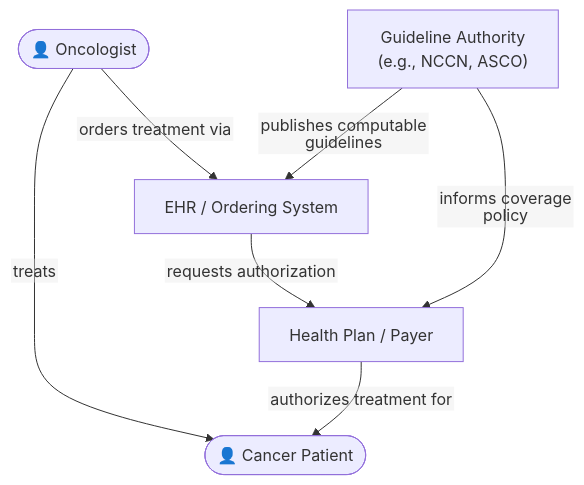
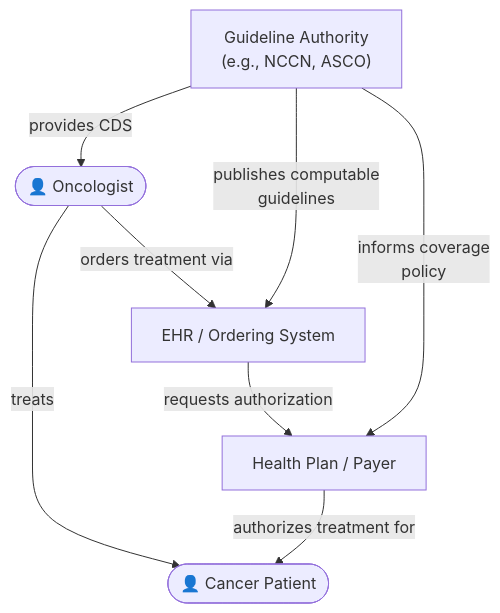
Before and after one commit to reason-healthcare/hl7-codex-ocpa: the diagram in input/pagecontent/index.md, drawn with Mermaid.

Commit message:
feat: GA provides CDS to Oncologist in stakeholder diagram

````diff
--- a/input/pagecontent/index.md
+++ b/input/pagecontent/index.md
@@ -56,16 +56,16 @@
 ```mermaid
-%%{init: {'flowchart': {'htmlLabels': false}}}%%
 flowchart TD
   Clinician(["👤 Oncologist"])
   Patient(["👤 Cancer Patient"])
   Payer["Health Plan / Payer"]
   EHR["EHR / Ordering System"]
-  GA["Guideline Authority\n(e.g., NCCN, ASCO)"]
+  GA["Guideline Authority<br>(e.g., NCCN, ASCO)"]
 
   Clinician -- "treats" --> Patient
   Clinician -- "orders treatment via" --> EHR
   EHR -- "requests authorization" --> Payer
   Payer -- "authorizes treatment for" --> Patient
-  GA -- "publishes computable\nguidelines" --> EHR
-  GA -- "informs coverage\npolicy" --> Payer
+  GA -- "publishes computable<br>guidelines" --> EHR
+  GA -- "informs coverage<br>policy" --> Payer
+  GA -- "provides CDS" --> Clinician
 ```
````
